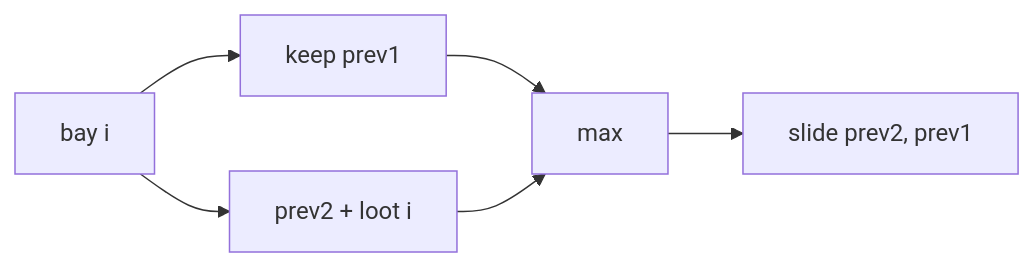
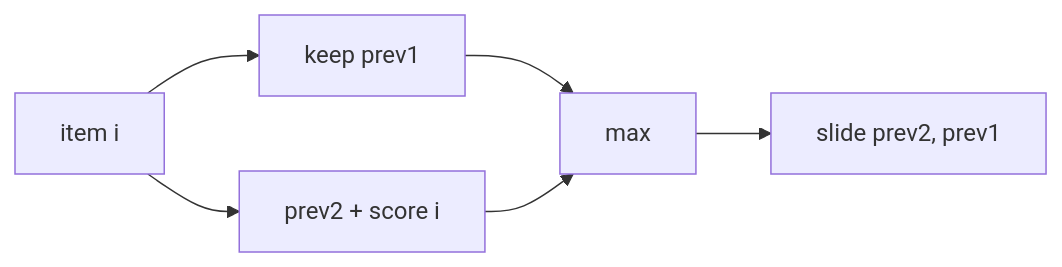
One commit to jdodsoncollins/study-material changed the diagram in lessons/algorithms/problems/skip-bay/viz/take.md. Above: the diagram before and after it, drawn with Mermaid. The commit also changed 175 other files, not shown here.

````diff
--- a/lessons/algorithms/problems/skip-bay/viz/take.md
+++ b/lessons/algorithms/problems/skip-bay/viz/take.md
@@ -3,8 +3,8 @@
 ```mermaid
 flowchart LR
-  bay[bay i] --> skip[keep prev1]
-  bay --> take[prev2 + loot i]
+  bay[item i] --> skip[keep prev1]
+  bay --> take[prev2 + score i]
   skip --> best[max]
   take --> best
   best --> next[slide prev2, prev1]
 ```
````
